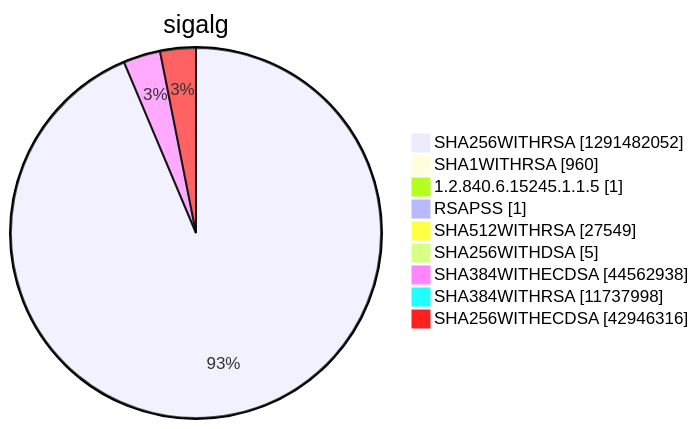
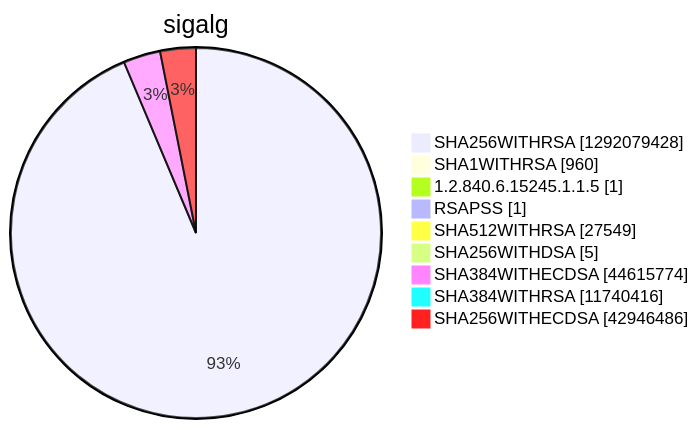
Before and after one commit to christiankrug/ctmonitor_visualization: diagram 15 of 15 in argon2022/README.md, drawn with Mermaid. The commit also changed other lines of this file, not shown here.

````diff
--- a/argon2022/README.md
+++ b/argon2022/README.md
@@ -5523,13 +5523,13 @@
 ```mermaid
 pie showData
 title sigalg
-"SHA256WITHRSA" :1291482052
+"SHA256WITHRSA" :1292079428
 "SHA1WITHRSA" :960
 "1.2.840.6.15245.1.1.5" :1
 "RSAPSS" :1
 "SHA512WITHRSA" :27549
 "SHA256WITHDSA" :5
-"SHA384WITHECDSA" :44562938
-"SHA384WITHRSA" :11737998
-"SHA256WITHECDSA" :42946316
+"SHA384WITHECDSA" :44615774
+"SHA384WITHRSA" :11740416
+"SHA256WITHECDSA" :42946486
 ```
````
